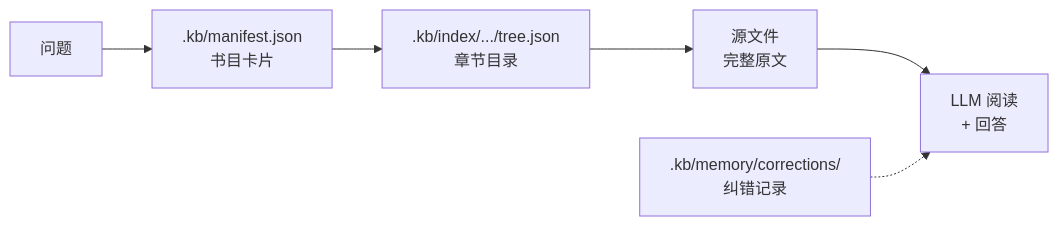
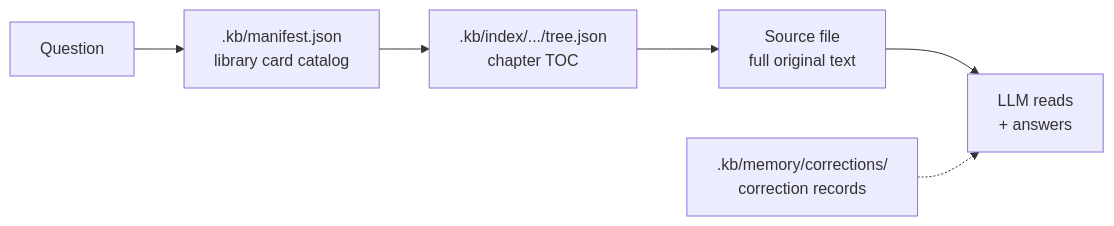
Before and after one commit to waylondev/kb-pilot: the first of 2 diagrams in README.md, drawn with Mermaid. The commit also changed other lines of this file and 2 other files, not shown here.

````diff
--- a/README.md
+++ b/README.md
@@ -5,8 +5,8 @@
 ```mermaid
 flowchart LR
-    Q["问题"] --> M[".kb/manifest.json<br/>书目卡片"]
-    M --> T[".kb/index/.../tree.json<br/>章节目录"]
-    T --> S["源文件<br/>完整原文"]
-    S --> A["LLM 阅读<br/>+ 回答"]
-    C[".kb/memory/corrections/<br/>纠错记录"] -.-> A
+    Q["Question"] --> M[".kb/manifest.json<br/>library card catalog"]
+    M --> T[".kb/index/.../tree.json<br/>chapter TOC"]
+    T --> S["Source file<br/>full original text"]
+    S --> A["LLM reads<br/>+ answers"]
+    C[".kb/memory/corrections/<br/>correction records"] -.-> A
 ```
````
